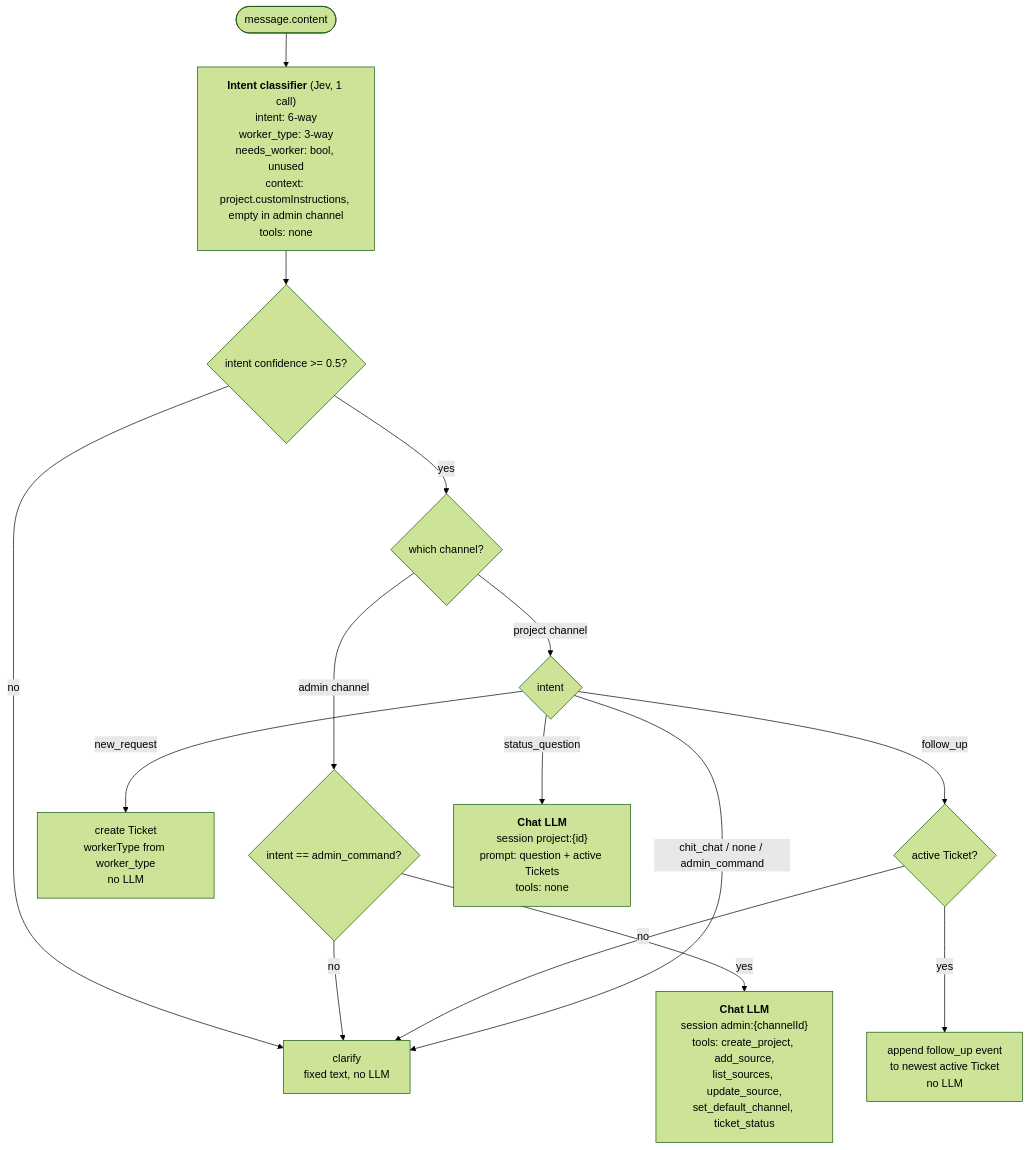
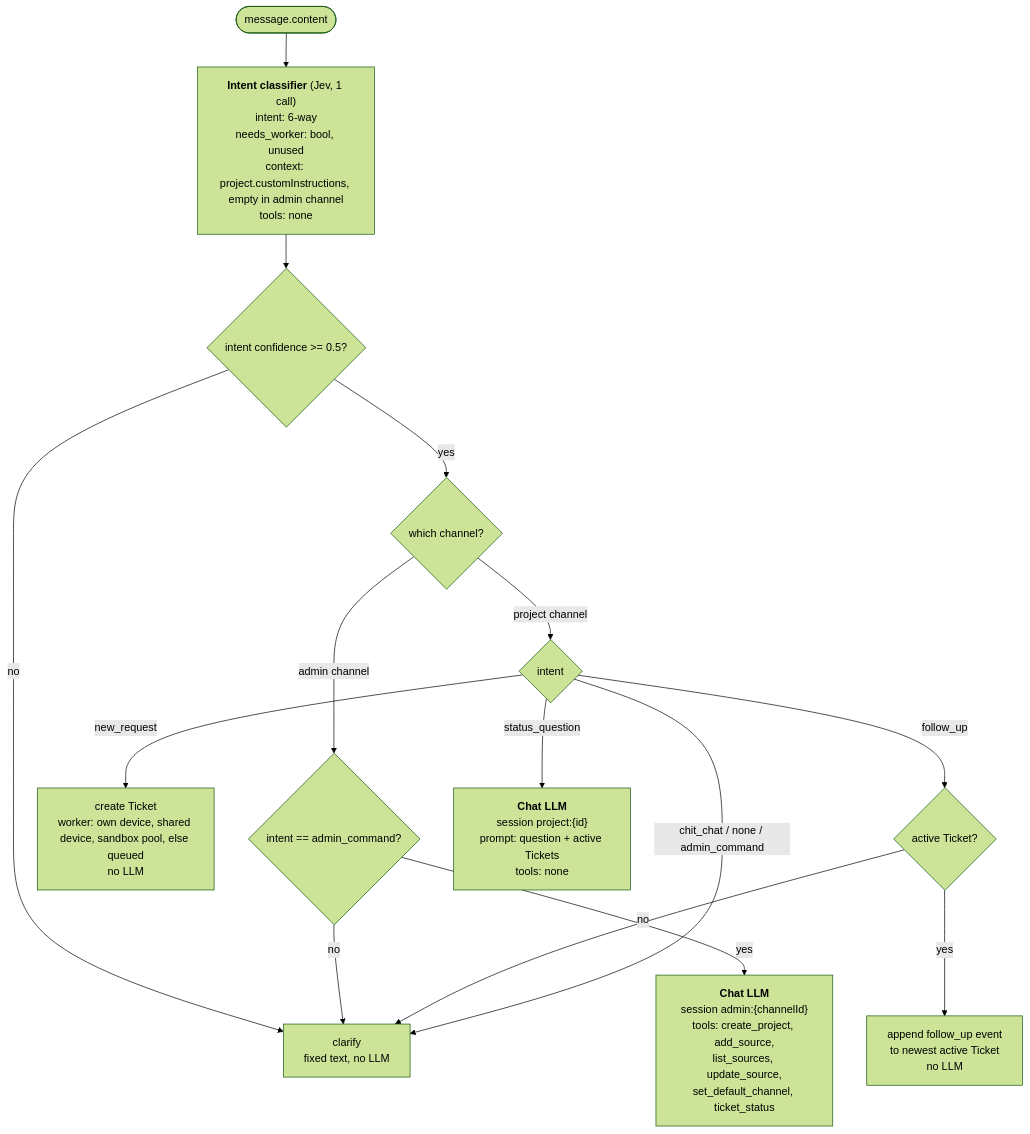
Before and after one commit to joel611/project-os: the diagram in apps/coordinator/DECISION_TREE.md, drawn with Mermaid (forest theme). The commit also changed other lines of this file and 75 other files, not shown here.

First line of the commit message:
feat(workers): replace the hosted shared Watcher with admin-registered shared workers

````diff
--- a/apps/coordinator/DECISION_TREE.md
+++ b/apps/coordinator/DECISION_TREE.md
@@ -10,19 +10,19 @@
 ```mermaid
 flowchart TD
-    msg([message.content]) --> clf["<b>Intent classifier</b> (Jev, 1 call)<br/>intent: 6-way<br/>worker_type: 3-way<br/>needs_worker: bool, unused<br/>context: project.customInstructions, empty in admin channel<br/>tools: none"]
+    msg([message.content]) --> clf["<b>Intent classifier</b> (Jev, 1 call)<br/>intent: 6-way<br/>needs_worker: bool, unused<br/>context: project.customInstructions, empty in admin channel<br/>tools: none"]
     clf --> conf{"intent confidence >= 0.5?"}
     conf -- no --> clarify["clarify<br/>fixed text, no LLM"]
     conf -- yes --> chan{"which channel?"}
 
     chan -- admin channel --> isadmin{"intent == admin_command?"}
     isadmin -- no --> clarify
     isadmin -- yes --> adminllm["<b>Chat LLM</b><br/>session admin:{channelId}<br/>tools: create_project, add_source,<br/>list_sources, update_source,<br/>set_default_channel, ticket_status"]
 
     chan -- project channel --> intent{"intent"}
-    intent -- new_request --> newt["create Ticket<br/>workerType from worker_type<br/>no LLM"]
+    intent -- new_request --> newt["create Ticket<br/>worker: own device, shared device, sandbox pool, else queued<br/>no LLM"]
     intent -- follow_up --> fu{"active Ticket?"}
     fu -- yes --> fuev["append follow_up event<br/>to newest active Ticket<br/>no LLM"]
     fu -- no --> clarify
     intent -- status_question --> statusllm["<b>Chat LLM</b><br/>session project:{id}<br/>prompt: question + active Tickets<br/>tools: none"]
     intent -- "chit_chat / none / admin_command" --> clarify
 ```
````
